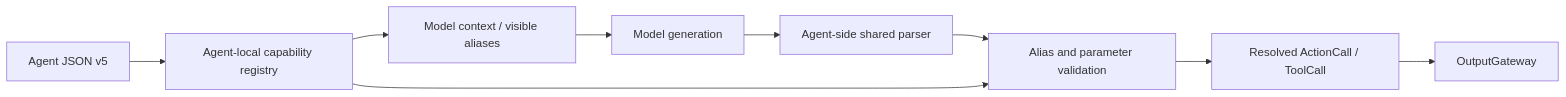
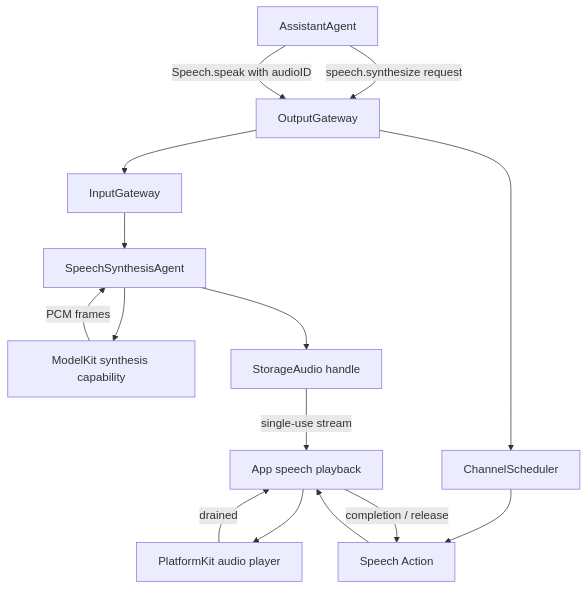
Before and after one commit to devilyouwei/MobileHarness: the fifth of 5 diagrams in MobileHarness/README.md, drawn with Mermaid. The commit also changed other lines of this file, not shown here.

Commit message:
Focus technical design on current architecture and core workflows

````diff
--- a/MobileHarness/README.md
+++ b/MobileHarness/README.md
@@ -541,11 +307,17 @@
 ```mermaid
-flowchart LR
-    JSON[Agent JSON v5] --> Registry[Agent-local capability registry]
-    Registry --> Context[Model context / visible aliases]
-    Context --> Model[Model generation]
-    Model --> Parse[Agent-side shared parser]
-    Parse --> Resolve[Alias and parameter validation]
-    Registry --> Resolve
-    Resolve --> Calls[Resolved ActionCall / ToolCall]
-    Calls --> Gateway[OutputGateway]
+flowchart TB
+    Assistant[AssistantAgent] -->|speech.synthesize request| Output[OutputGateway]
+    Output --> Input[InputGateway]
+    Input --> Synthesis[SpeechSynthesisAgent]
+    Synthesis --> Model[ModelKit synthesis capability]
+    Model -->|PCM frames| Synthesis
+    Synthesis --> Audio[StorageAudio handle]
+    Assistant -->|Speech.speak with audioID| Output
+    Output --> Scheduler[ChannelScheduler]
+    Scheduler --> Action[Speech Action]
+    Action --> Playback[App speech playback]
+    Audio -->|single-use stream| Playback
+    Playback --> Player[PlatformKit audio player]
+    Player -->|drained| Playback
+    Playback -->|completion / release| Action
 ```
````
